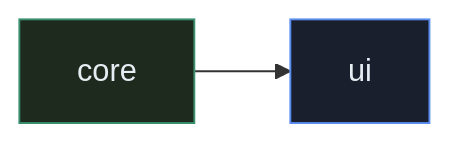
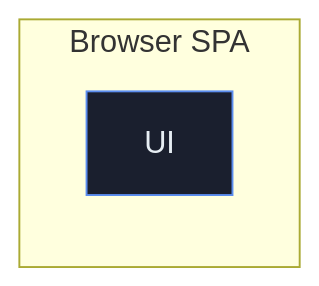
One commit to landjunge/gnom-hub-v1 changed the fourth of 6 diagrams in docs/MERMAID.md. Above: the diagram before and after it, drawn with Mermaid. The commit also changed other lines of this file and 3 other files, not shown here.

First line of the commit message:
docs: deepen Mermaid styling classes (shared palette)

````diff
--- a/docs/MERMAID.md
+++ b/docs/MERMAID.md
@@ -100,8 +144,8 @@
 ```mermaid
-flowchart LR
-  A[core] --> B[ui]
-  classDef core fill:#1e2a1e,stroke:#3a8f6e,color:#e6edf3
-  classDef ui fill:#1a1f2e,stroke:#5b8def,color:#e6edf3
-  class A core
-  class B ui
+flowchart TB
+  subgraph Client["Browser SPA"]
+    direction TB
+    UI[UI]:::ui
+  end
+  classDef ui fill:#1a1f2e,stroke:#5b8def,color:#e6edf3,stroke-width:1px
 ```
````
